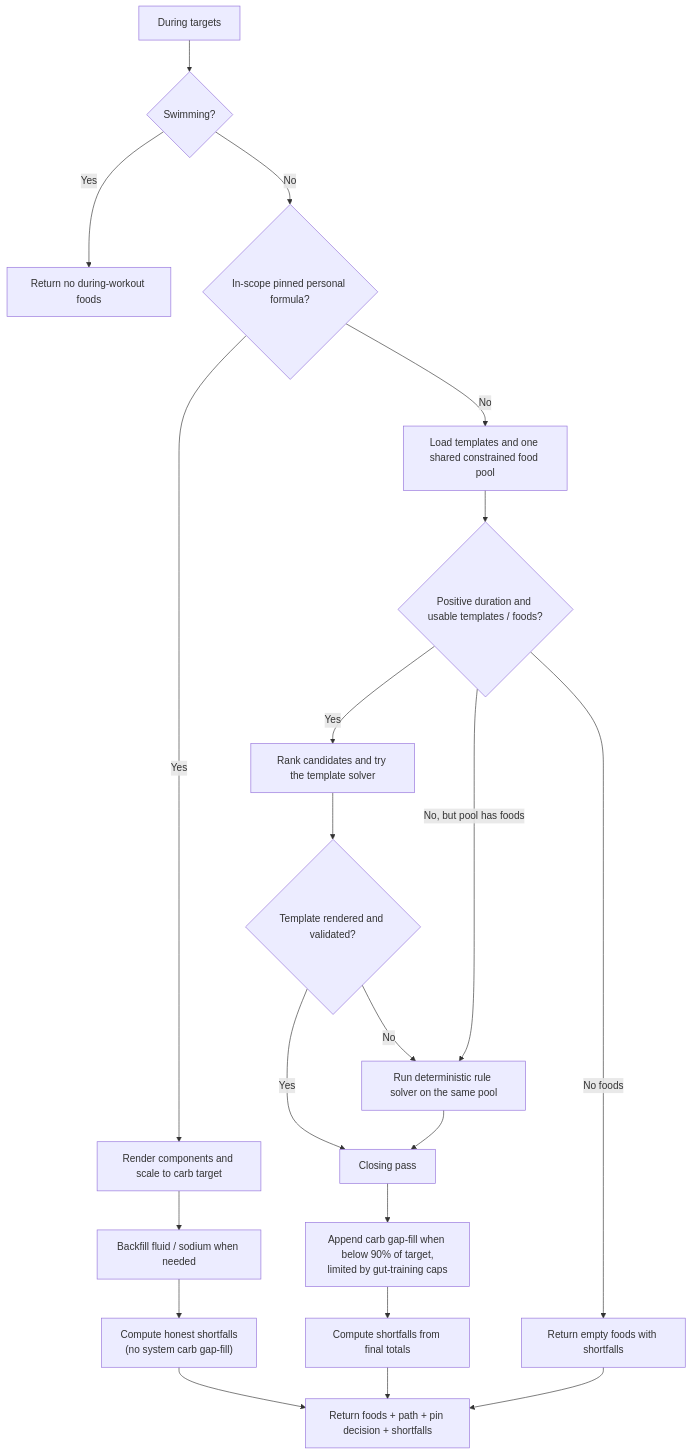
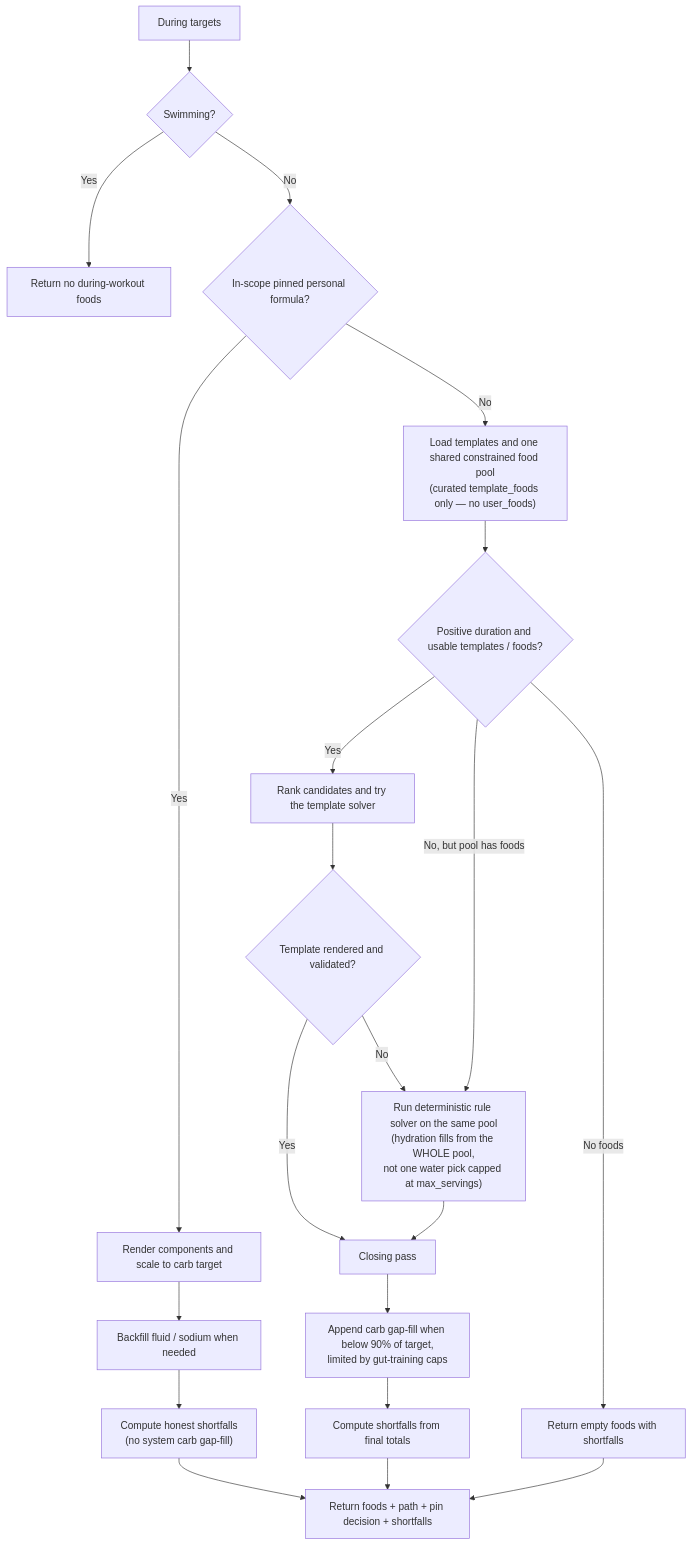
Before and after one commit to milkmanfunddev-ops/mealvana_endurance: the third of 5 diagrams in docs/business_logic/nutrition-plan-v3-algorithm.md, drawn with Mermaid. The commit also changed other lines of this file and 12 other files, not shown here.

First line of the commit message:
docs(nutrition): bring v3 algorithm flowchart up to date; regenerate diagrams

````diff
--- a/docs/business_logic/nutrition-plan-v3-algorithm.md
+++ b/docs/business_logic/nutrition-plan-v3-algorithm.md
@@ -102,25 +113,25 @@
 ```mermaid
 flowchart TD
     A["During targets"] --> SW{"Swimming?"}
     SW -- "Yes" --> EMPTY["Return no during-workout foods"]
     SW -- "No" --> PP{"In-scope pinned personal formula?"}
 
     PP -- "Yes" --> PFR["Render components and scale to carb target"]
     PFR --> PFB["Backfill fluid / sodium when needed"]
     PFB --> PS["Compute honest shortfalls<br/>(no system carb gap-fill)"]
     PS --> OUT["Return foods + path + pin decision + shortfalls"]
 
-    PP -- "No" --> LOAD["Load templates and one shared constrained food pool"]
+    PP -- "No" --> LOAD["Load templates and one shared constrained food pool<br/>(curated template_foods only — no user_foods)"]
     LOAD --> READY{"Positive duration and usable templates / foods?"}
     READY -- "Yes" --> TS["Rank candidates and try the template solver"]
     TS --> OK{"Template rendered and validated?"}
     OK -- "Yes" --> CLOSE["Closing pass"]
-    OK -- "No" --> RULE["Run deterministic rule solver on the same pool"]
+    OK -- "No" --> RULE["Run deterministic rule solver on the same pool<br/>(hydration fills from the WHOLE pool,<br/>not one water pick capped at max_servings)"]
     READY -- "No, but pool has foods" --> RULE
     READY -- "No foods" --> NOFOOD["Return empty foods with shortfalls"]
     RULE --> CLOSE
     CLOSE --> GAP["Append carb gap-fill when below 90% of target,<br/>limited by gut-training caps"]
     GAP --> SHORT["Compute shortfalls from final totals"]
     SHORT --> OUT
     NOFOOD --> OUT
 ```
````
